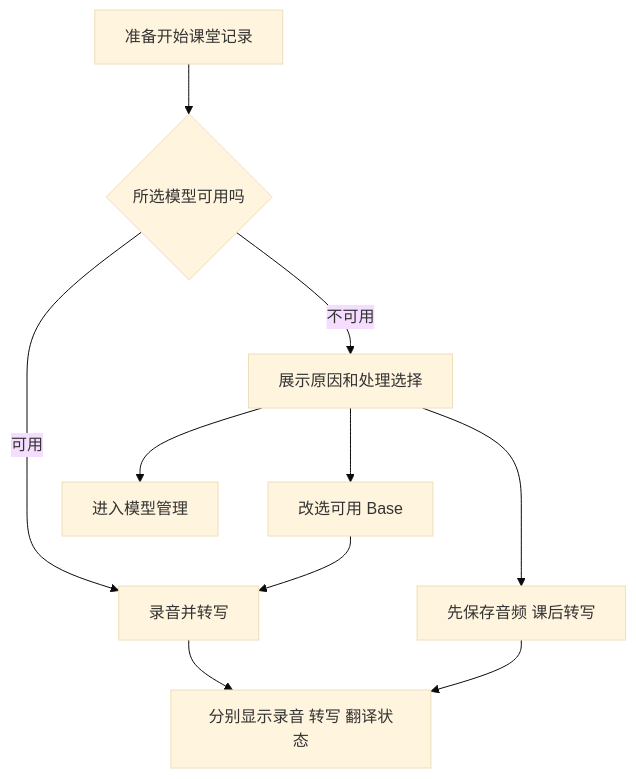
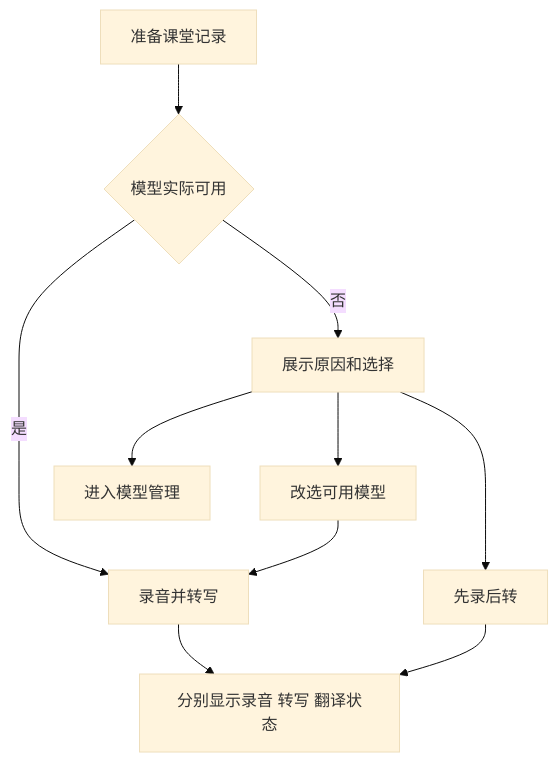
One commit to suiyisuixing/ai-product-portfolio changed the diagram in cases/classnote-ai.md. Above: the diagram before and after it, drawn with Mermaid (base theme). The commit also changed other lines of this file and 13 other files, not shown here.

````diff
--- a/cases/classnote-ai.md
+++ b/cases/classnote-ai.md
@@ -26,12 +28,12 @@
 ```mermaid
 flowchart TD
-    A[准备开始课堂记录] --> B{所选模型可用吗}
-    B -->|可用| C[录音并转写]
-    B -->|不可用| D[展示原因和处理选择]
-    D --> E[改选可用 Base]
-    D --> F[先保存音频 课后转写]
+    A[准备课堂记录] --> B{模型实际可用}
+    B -->|是| C[录音并转写]
+    B -->|否| D[展示原因和选择]
+    D --> E[改选可用模型]
+    D --> F[先录后转]
     D --> G[进入模型管理]
     E --> C
     C --> H[分别显示录音 转写 翻译状态]
     F --> H
 ```
````
